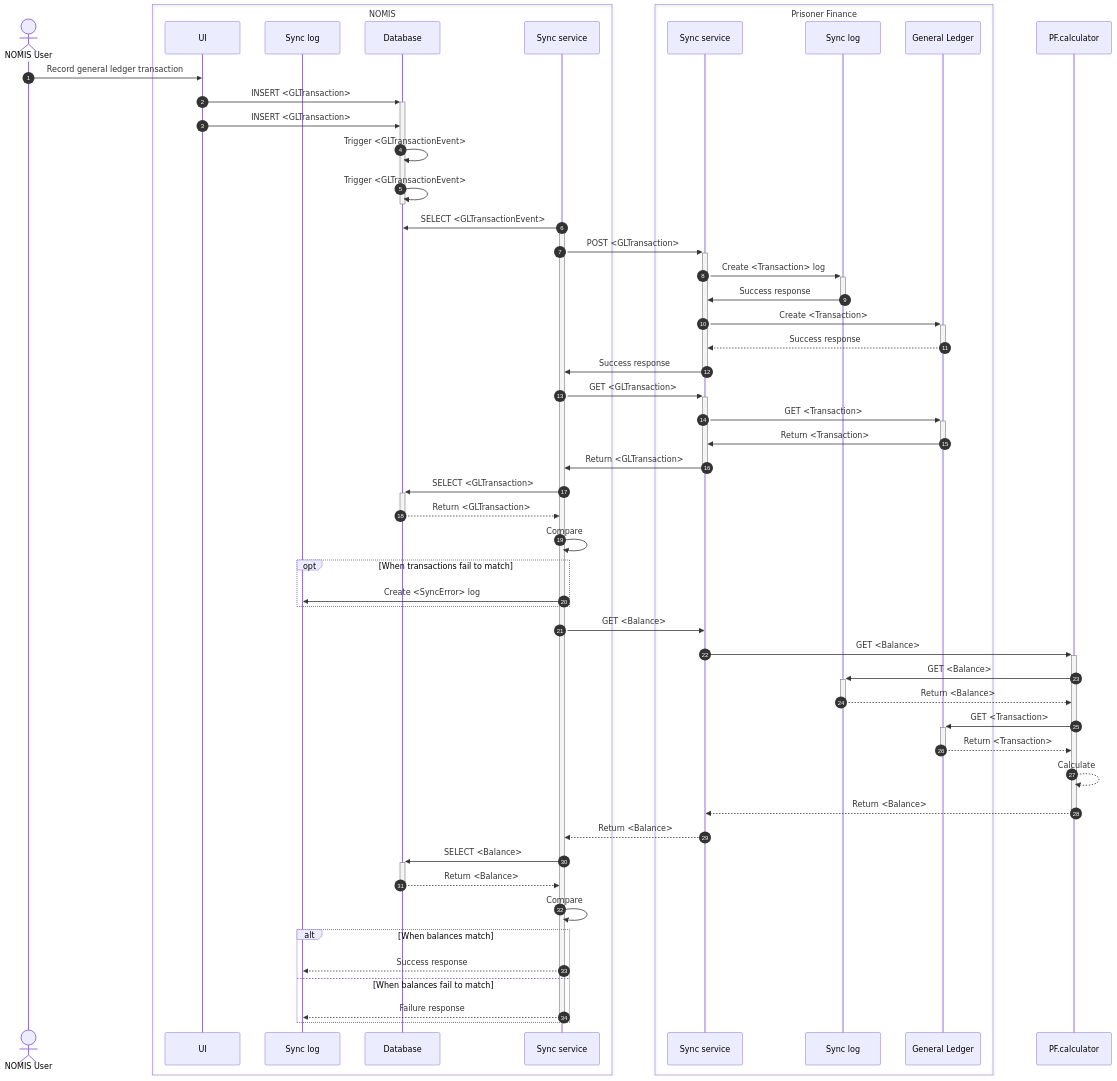
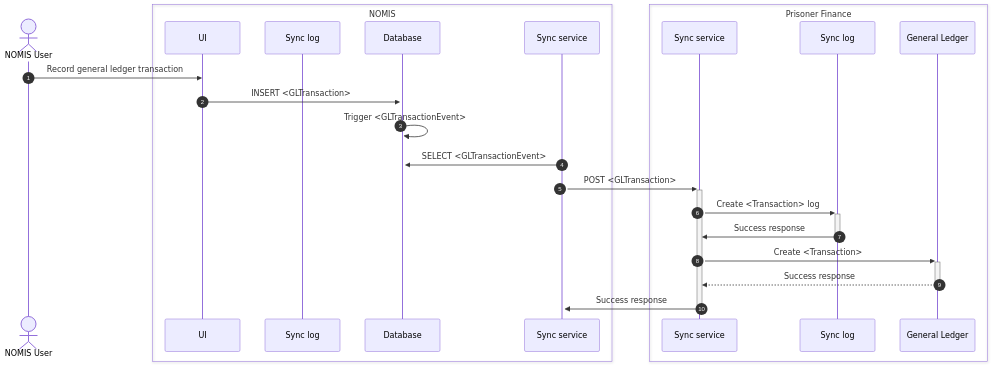
Before and after one commit to ministryofjustice/hmpps-prisoner-finance-poc-api: the fifth of 6 diagrams in docs/c4/docs/sync-processes.md, drawn with Mermaid. The commit also changed other lines of this file and 2 other files, not shown here.

Commit message:
Split sync processes to make easier to digest

````diff
--- a/docs/c4/docs/sync-processes.md
+++ b/docs/c4/docs/sync-processes.md
@@ -176,59 +169,29 @@
 ```mermaid
 sequenceDiagram
     actor user as NOMIS User
     box NOMIS
         participant NOMIS.UI as UI
         participant NOMIS.log as Sync log
         participant NOMIS.DB as Database
         participant NOMIS.sync as Sync service
     end
     box Prisoner Finance
         participant PF.sync as Sync service
         participant PF.log as Sync log
         participant PF.ledger as General Ledger
     end
 
     autonumber
 
     user ->> NOMIS.UI: Record general ledger transaction
     NOMIS.UI ->>+ NOMIS.DB: INSERT <GLTransaction>
-    NOMIS.UI ->> NOMIS.DB: INSERT <GLTransaction>
     NOMIS.DB ->> NOMIS.DB: Trigger <GLTransactionEvent>
-    NOMIS.DB ->>- NOMIS.DB: Trigger <GLTransactionEvent>
     NOMIS.sync ->> NOMIS.DB: SELECT <GLTransactionEvent>
     activate NOMIS.sync
     NOMIS.sync ->>+ PF.sync: POST <GLTransaction>
     PF.sync ->>+ PF.log: Create <Transaction> log
     PF.log ->>- PF.sync: Success response
     PF.sync ->>+ PF.ledger: Create <Transaction>
     PF.ledger -->>- PF.sync: Success response
     PF.sync ->>- NOMIS.sync: Success response
-    NOMIS.sync ->>+ PF.sync: GET <GLTransaction>
-    PF.sync ->>+ PF.ledger: GET <Transaction>
-    PF.ledger ->>- PF.sync: Return <Transaction>
-    PF.sync ->>- NOMIS.sync: Return <GLTransaction>
-    NOMIS.sync ->>+ NOMIS.DB: SELECT <GLTransaction>
-    NOMIS.DB -->>- NOMIS.sync: Return <GLTransaction>
-    NOMIS.sync ->> NOMIS.sync: Compare
-    opt When transactions fail to match
-        NOMIS.sync ->> NOMIS.log: Create <SyncError> log
-    end
-    NOMIS.sync ->> PF.sync: GET <Balance>
-    PF.sync ->>+ PF.calculator: GET <Balance>
-    PF.calculator ->>+ PF.log: GET <Balance>
-    PF.log -->>- PF.calculator: Return <Balance>
-    PF.calculator ->>+ PF.ledger: GET <Transaction>
-    PF.ledger -->>- PF.calculator: Return <Transaction>
-    PF.calculator -->> PF.calculator: Calculate
-    PF.calculator -->>- PF.sync: Return <Balance>
-    PF.sync -->> NOMIS.sync: Return <Balance>
-    NOMIS.sync ->>+ NOMIS.DB: SELECT <Balance>
-    NOMIS.DB -->>- NOMIS.sync: Return <Balance>
-    NOMIS.sync ->> NOMIS.sync: Compare
-    alt When balances match
-        NOMIS.sync -->> NOMIS.log: Success response
-    else When balances fail to match
-        NOMIS.sync -->> NOMIS.log: Failure response
-        deactivate NOMIS.sync
-    end
 ```
````
